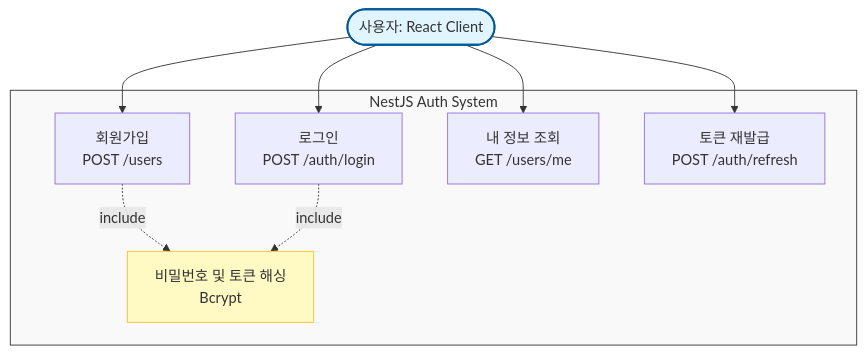
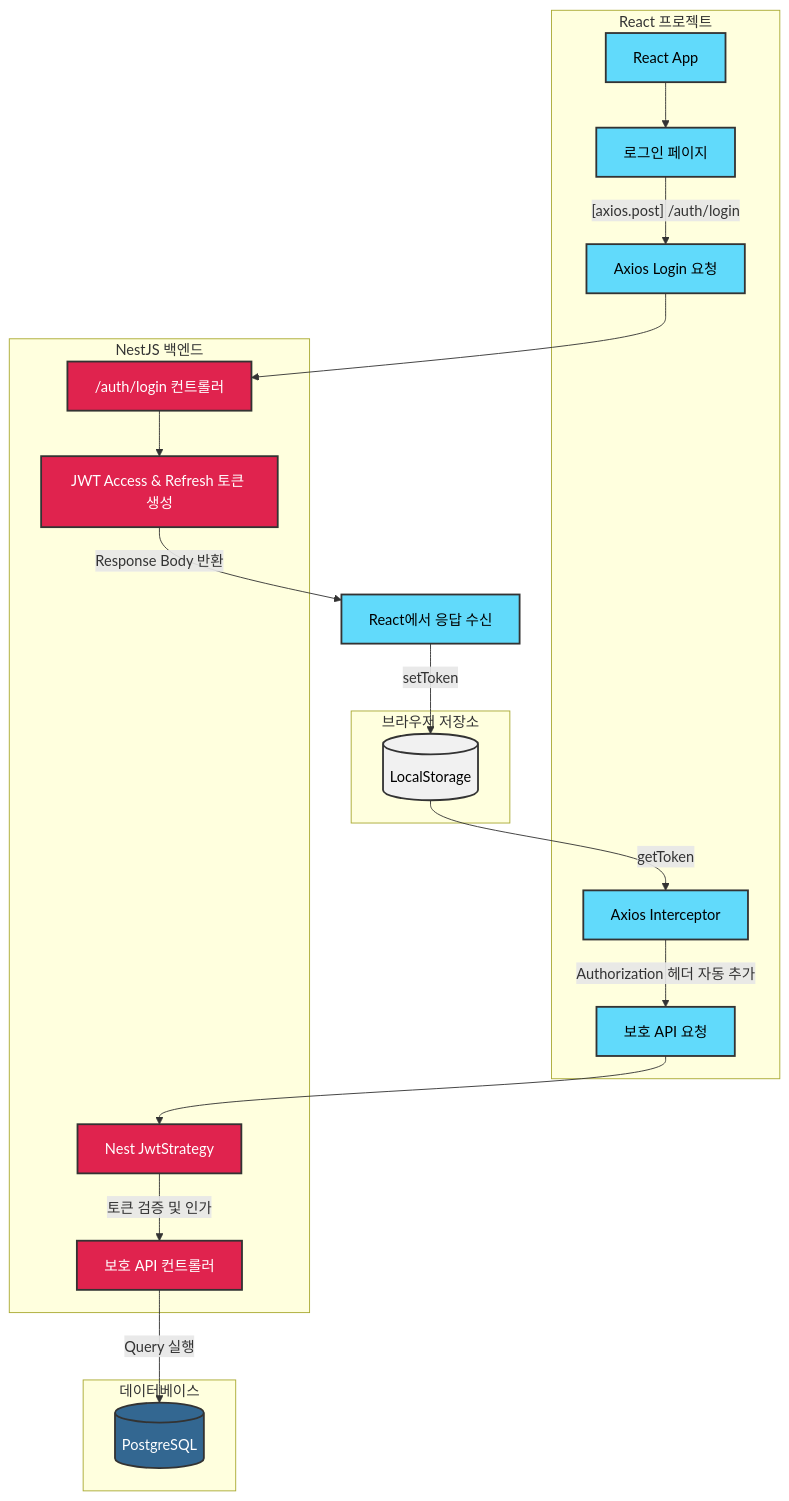
One commit to smshack/react-practice changed the fourth of 4 diagrams in README.md. Above: the diagram before and after it, drawn with Mermaid. The commit also changed 1 other file, not shown here.

Commit message:
localstorage 로그인 구현

````diff
--- a/README.md
+++ b/README.md
@@ -213,29 +213,42 @@
 ```mermaid
-graph TD
-    %% Actor 정의
-    User([사용자: React Client])
+flowchart TD
+    %% 스타일 정의
+    classDef react fill:#61DAFB,stroke:#333,stroke-width:2px,color:#000;
+    classDef nest fill:#E0234E,stroke:#333,stroke-width:2px,color:#fff;
+    classDef db fill:#336791,stroke:#333,stroke-width:2px,color:#fff;
+    classDef storage fill:#F1F1F1,stroke:#333,stroke-width:2px,color:#000;
 
-    %% NestJS 시스템 경계 서브그래프
-    subgraph NestJS_Auth_System [NestJS Auth System]
-        UC_Register[회원가입 <br> POST /users]
-        UC_Login[로그인 <br> POST /auth/login]
-        UC_GetMe[내 정보 조회 <br> GET /users/me]
-        UC_Refresh[토큰 재발급 <br> POST /auth/refresh]
-        UC_Hash[비밀번호 및 토큰 해싱 <br> Bcrypt]
+    %% 노드 정의
+    subgraph Frontend [React 프로젝트]
+        A[React App] --> B[로그인 페이지]
+        B -->|"[axios.post] /auth/login"| C[Axios Login 요청]
+        H[Axios Interceptor] -->|"Authorization 헤더 자동 추가"| I[보호 API 요청]
     end
 
-    %% 사용자 액션 연결
-    User --> UC_Register
-    User --> UC_Login
-    User --> UC_GetMe
-    User --> UC_Refresh
+    subgraph BrowserStorage [브라우저 저장소]
+        F[(LocalStorage)]
+    end
 
-    %% 내부 포함 관계 표현 (include 대신 점선 화살표 처리)
-    UC_Register -.->|include| UC_Hash
-    UC_Login -.->|include| UC_Hash
+    subgraph Backend [NestJS 백엔드]
+        D["/auth/login 컨트롤러"] --> E["JWT Access & Refresh 토큰 생성"]
+        J[Nest JwtStrategy] -->|"토큰 검증 및 인가"| K[보호 API 컨트롤러]
+    end
 
-    %% 스타일링
-    style User fill:#e1f5fe,stroke:#01579b,stroke-width:2px
-    style NestJS_Auth_System fill:#f9f9f9,stroke:#333,stroke-width:1px
-    style UC_Hash fill:#fff9c4,stroke:#fbc02d,stroke-width:1px
+    subgraph Database [데이터베이스]
+        L[(PostgreSQL)]
+    end
+
+    %% 흐름 연결
+    C --> D
+    E -->|"Response Body 반환"| G[React에서 응답 수신]
+    G -->|setToken| F
+    F -->|getToken| H
+    I --> J
+    K -->|Query 실행| L
+
+    %% 클래스 바인딩
+    class A,B,C,G,H,I react;
+    class D,E,J,K nest;
+    class F storage;
+    class L db;
 ```
````
